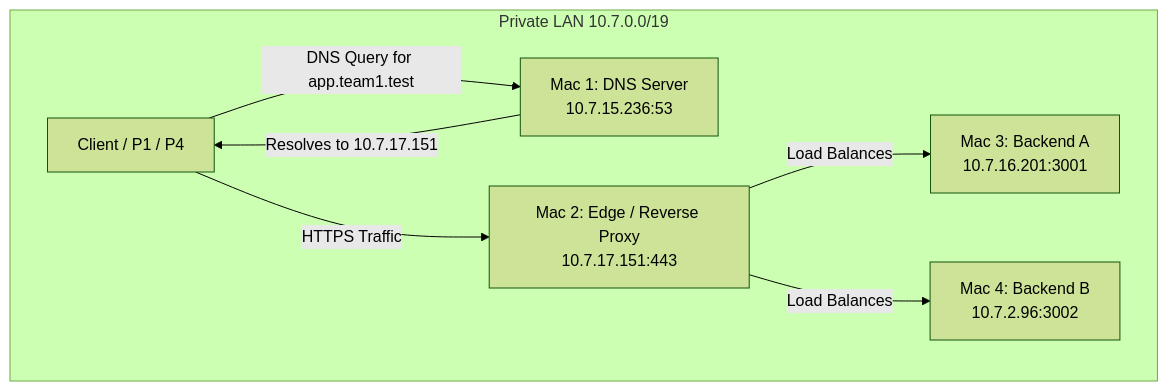
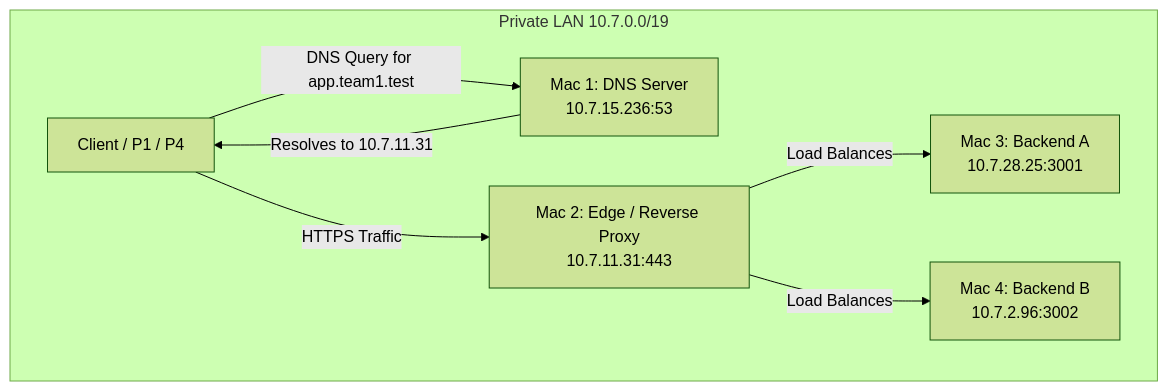
The diagram in topology.md (adityamathur5934/CN_Project), drawn with Mermaid (forest theme) before and after one commit. The commit also changed other lines of this file and 40 other files, not shown here.

````diff
--- a/topology.md
+++ b/topology.md
@@ -18,17 +18,17 @@
 ```mermaid
 graph TD
     subgraph Private LAN 10.7.0.0/19
         C[Client / P1 / P4]
         
         M1[Mac 1: DNS Server<br>10.7.15.236:53]
-        M2[Mac 2: Edge / Reverse Proxy<br>10.7.17.151:443]
-        M3[Mac 3: Backend A<br>10.7.16.201:3001]
+        M2[Mac 2: Edge / Reverse Proxy<br>10.7.11.31:443]
+        M3[Mac 3: Backend A<br>10.7.28.25:3001]
         M4[Mac 4: Backend B<br>10.7.2.96:3002]
         
         C -- "DNS Query for app.team1.test" --> M1
-        M1 -- "Resolves to 10.7.17.151" --> C
+        M1 -- "Resolves to 10.7.11.31" --> C
         C -- "HTTPS Traffic" --> M2
         M2 -- "Load Balances" --> M3
         M2 -- "Load Balances" --> M4
     end
 ```
````
